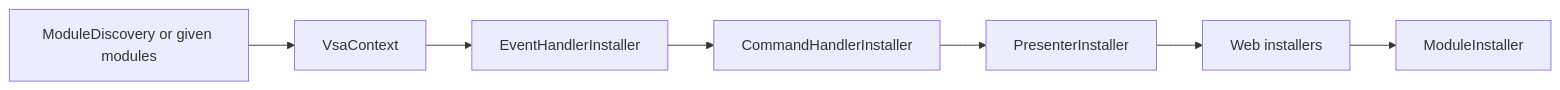
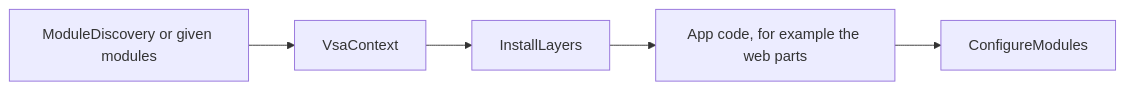
One commit to MgCohen/vsa-template changed the diagram in docs/composition.md. Above: the diagram before and after it, drawn with Mermaid. The commit also changed other lines of this file and 22 other files, not shown here.

First line of the commit message:
Simplify the composer, the installers and the web host

````diff
--- a/docs/composition.md
+++ b/docs/composition.md
@@ -7,9 +7,7 @@
 ```mermaid
 flowchart LR
     D[ModuleDiscovery or given modules] --> X[VsaContext]
-    X --> E[EventHandlerInstaller]
-    E --> K[CommandHandlerInstaller]
-    K --> P[PresenterInstaller]
-    P --> W[Web installers]
-    W --> M[ModuleInstaller]
+    X --> L[InstallLayers]
+    L --> W[App code, for example the web parts]
+    W --> M[ConfigureModules]
 ```
````
